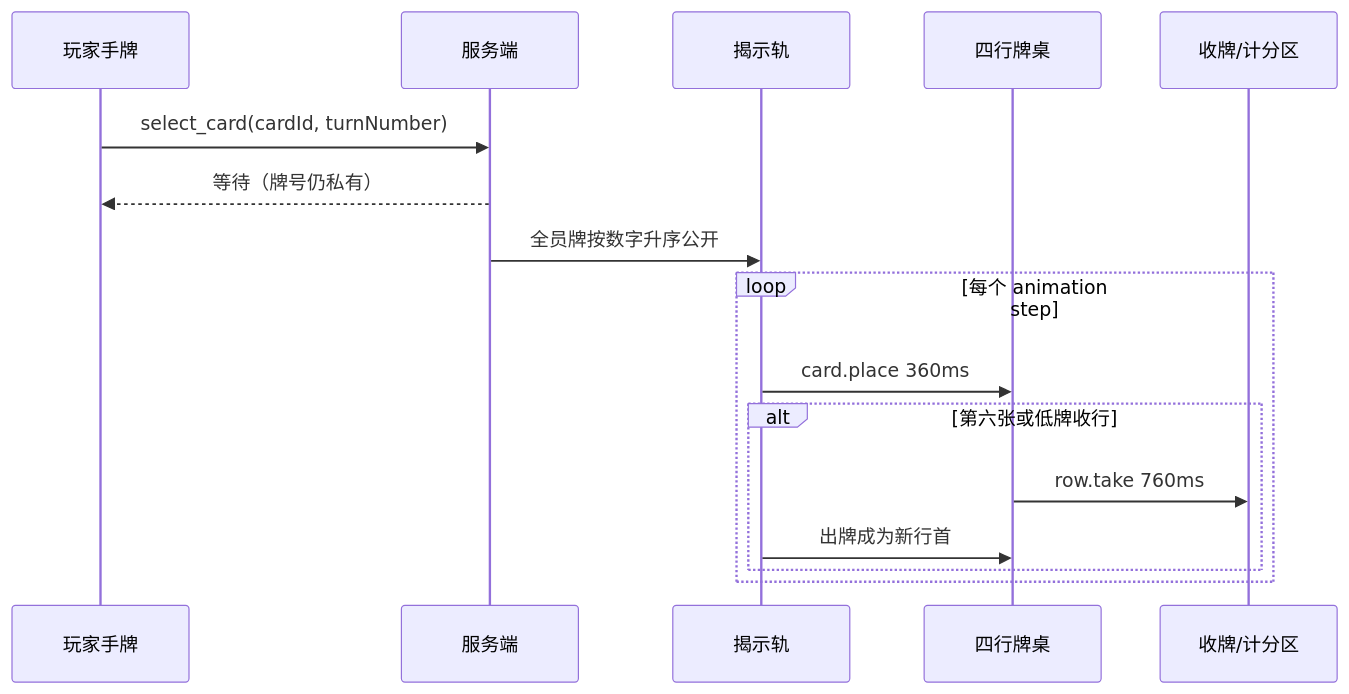
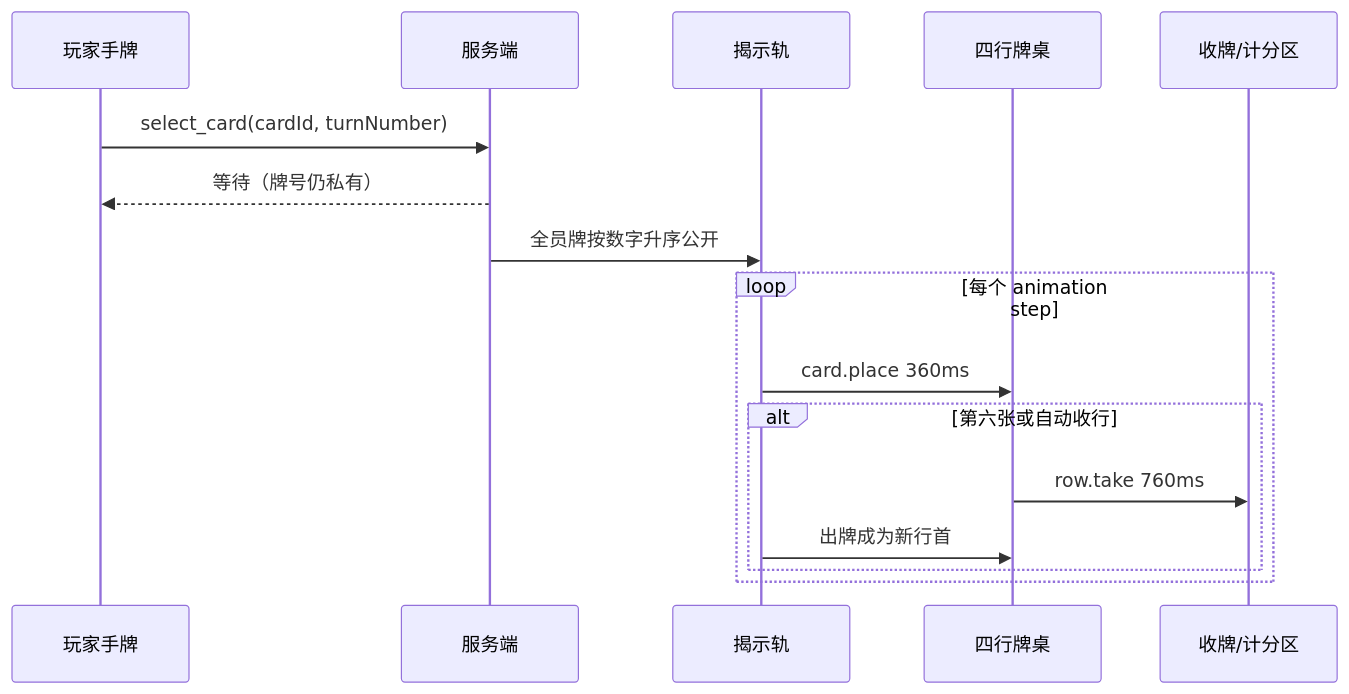
One commit to touourin/game-hall-community-games changed the diagram in plugin-bullhead-king/docs/ANIMATION_MODEL.md. Above: the diagram before and after it, drawn with Mermaid. The commit also changed other lines of this file and 16 other files, not shown here.

````diff
--- a/plugin-bullhead-king/docs/ANIMATION_MODEL.md
+++ b/plugin-bullhead-king/docs/ANIMATION_MODEL.md
@@ -38,18 +38,18 @@
 ```mermaid
 sequenceDiagram
     participant P as 玩家手牌
     participant S as 服务端
     participant R as 揭示轨
     participant T as 四行牌桌
     participant C as 收牌/计分区
     P->>S: select_card(cardId, turnNumber)
     S-->>P: 等待（牌号仍私有）
     S->>R: 全员牌按数字升序公开
     loop 每个 animation step
         R->>T: card.place 360ms
-        alt 第六张或低牌收行
+        alt 第六张或自动收行
             T->>C: row.take 760ms
             R->>T: 出牌成为新行首
         end
     end
 ```
````
